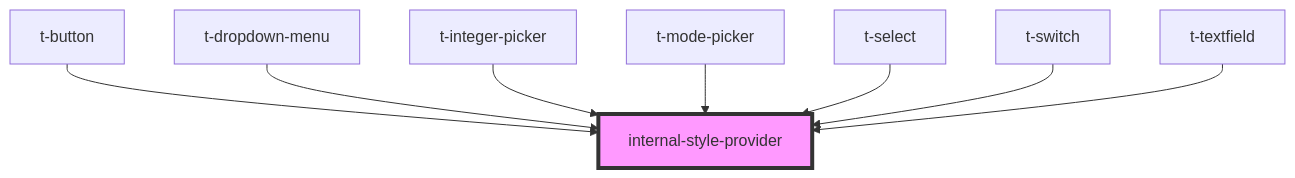
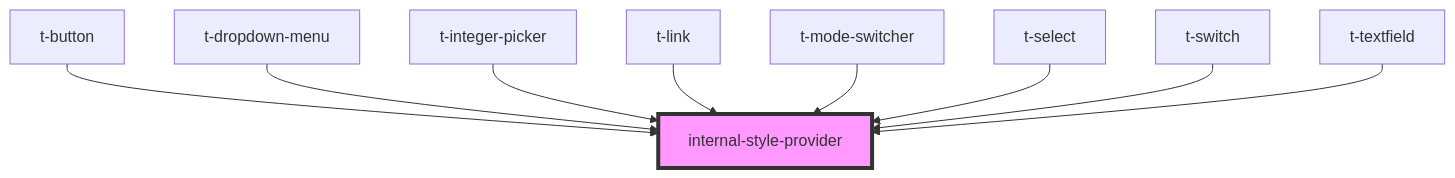
Before and after one commit to TomasEng/web-components: the diagram in packages/stencil/src/components/internal-style-provider/readme.md, drawn with Mermaid. The commit also changed other lines of this file and 37 other files, not shown here.

````diff
--- a/packages/stencil/src/components/internal-style-provider/readme.md
+++ b/packages/stencil/src/components/internal-style-provider/readme.md
@@ -28,11 +29,12 @@
 ```mermaid
 graph TD;
   t-button --> internal-style-provider
   t-dropdown-menu --> internal-style-provider
   t-integer-picker --> internal-style-provider
-  t-mode-picker --> internal-style-provider
+  t-link --> internal-style-provider
+  t-mode-switcher --> internal-style-provider
   t-select --> internal-style-provider
   t-switch --> internal-style-provider
   t-textfield --> internal-style-provider
   style internal-style-provider fill:#f9f,stroke:#333,stroke-width:4px
 ```
````
